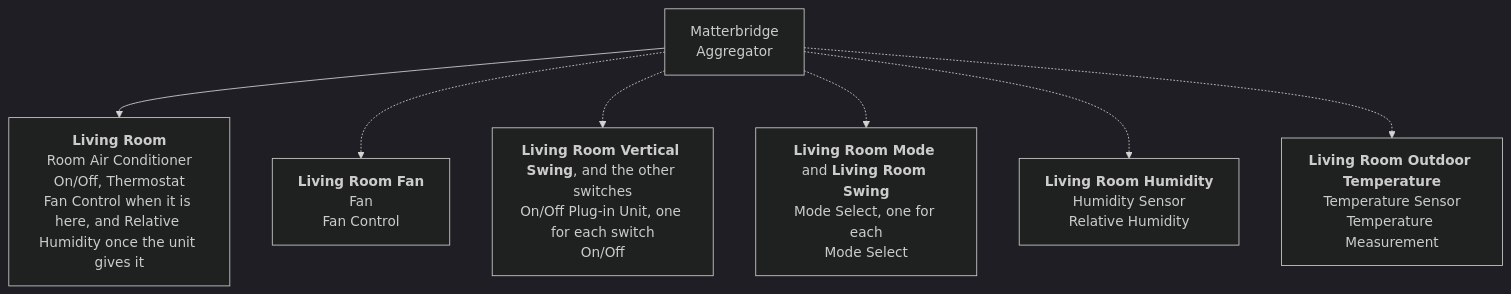
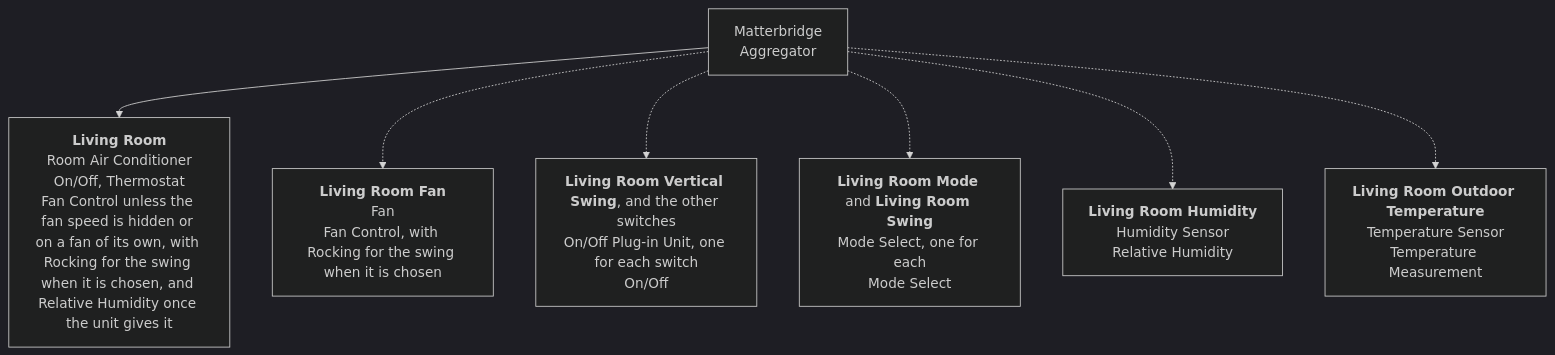
Before and after one commit to cheziyi/matterbridge-daikin-local: the second of 2 diagrams in README.md, drawn with Mermaid (dark theme). The commit also changed other lines of this file and 11 other files, not shown here.

First line of the commit message:
Add the swing as the rocking of the fan control (#22)

````diff
--- a/README.md
+++ b/README.md
@@ -267,16 +268,16 @@
 ```mermaid
 flowchart TD
     bridge["Matterbridge<br/>Aggregator"]
-    ac["<b>Living Room</b><br/>Room Air Conditioner<br/>On/Off, Thermostat<br/>Fan Control when it is here, and Relative Humidity once the unit gives it"]
-    fan["<b>Living Room Fan</b><br/>Fan<br/>Fan Control"]
+    ac["<b>Living Room</b><br/>Room Air Conditioner<br/>On/Off, Thermostat<br/>Fan Control unless the fan speed is hidden or on a fan of its own, with Rocking for the swing when it is chosen, and Relative Humidity once the unit gives it"]
+    fan["<b>Living Room Fan</b><br/>Fan<br/>Fan Control, with Rocking for the swing when it is chosen"]
     switches["<b>Living Room Vertical Swing</b>, and the other switches<br/>On/Off Plug-in Unit, one for each switch<br/>On/Off"]
     selects["<b>Living Room Mode</b> and <b>Living Room Swing</b><br/>Mode Select, one for each<br/>Mode Select"]
     humidity["<b>Living Room Humidity</b><br/>Humidity Sensor<br/>Relative Humidity"]
     outdoor["<b>Living Room Outdoor Temperature</b><br/>Temperature Sensor<br/>Temperature Measurement"]
     bridge --> ac
     bridge -.-> fan
     bridge -.-> switches
     bridge -.-> selects
     bridge -.-> humidity
     bridge -.-> outdoor
 ```
````
